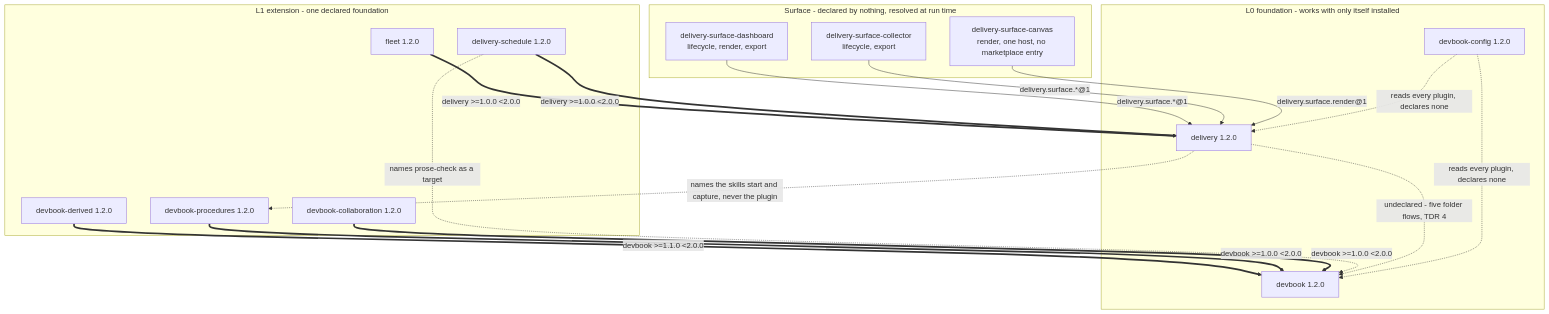
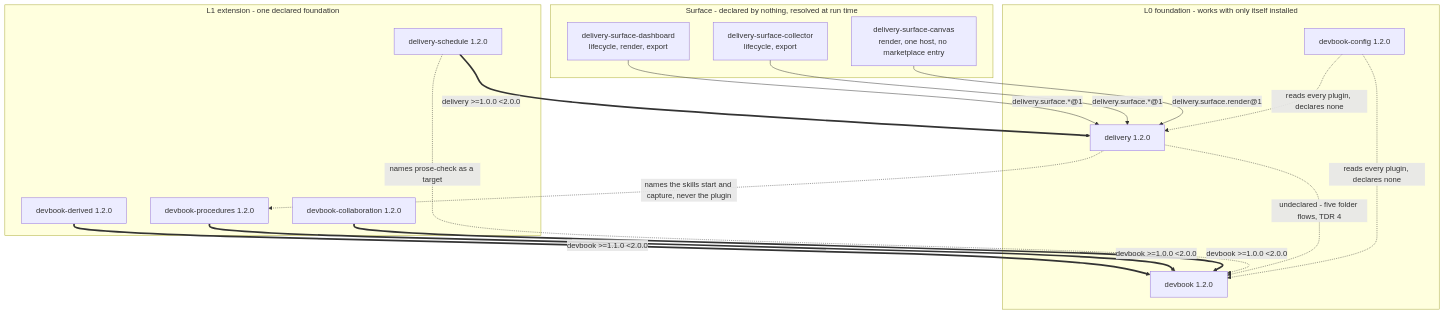
One commit to JSdotNet/devbook changed the first of 3 diagrams in .devbook/arc42/05-building-block-view.md. Above: the diagram before and after it, drawn with Mermaid. The commit also changed other lines of this file and 46 other files, not shown here.

````diff
--- a/.devbook/arc42/05-building-block-view.md
+++ b/.devbook/arc42/05-building-block-view.md
@@ -28,38 +28,36 @@
 ```mermaid
 flowchart TB
     subgraph L0["L0 foundation - works with only itself installed"]
         DEV["devbook 1.2.0"]
         DEL["delivery 1.2.0"]
         CFG["devbook-config 1.2.0"]
     end
 
     subgraph L1["L1 extension - one declared foundation"]
         DBD["devbook-derived 1.2.0"]
         DPR["devbook-procedures 1.2.0"]
         DBC["devbook-collaboration 1.2.0"]
-        FLT["fleet 1.2.0"]
         SCH["delivery-schedule 1.2.0"]
     end
 
     subgraph SURF["Surface - declared by nothing, resolved at run time"]
         SD["delivery-surface-dashboard<br/>lifecycle, render, export"]
         SL["delivery-surface-collector<br/>lifecycle, export"]
         SC["delivery-surface-canvas<br/>render, one host, no marketplace entry"]
     end
 
     DBD ==>|"devbook >=1.1.0 &lt;2.0.0"| DEV
     DPR ==>|"devbook >=1.0.0 &lt;2.0.0"| DEV
     DBC ==>|"devbook >=1.0.0 &lt;2.0.0"| DEV
-    FLT ==>|"delivery >=1.0.0 &lt;2.0.0"| DEL
     SCH ==>|"delivery >=1.0.0 &lt;2.0.0"| DEL
 
     SD -->|"delivery.surface.*@1"| DEL
     SL -->|"delivery.surface.*@1"| DEL
     SC -->|"delivery.surface.render@1"| DEL
 
     SCH -.->|"names prose-check as a target"| DEV
     DEL -.->|"undeclared - five folder flows, TDR 4"| DEV
     DEL -.->|"names the skills start and capture, never the plugin"| DPR
     CFG -.->|"reads every plugin, declares none"| DEV
     CFG -.->|"reads every plugin, declares none"| DEL
 ```
````
